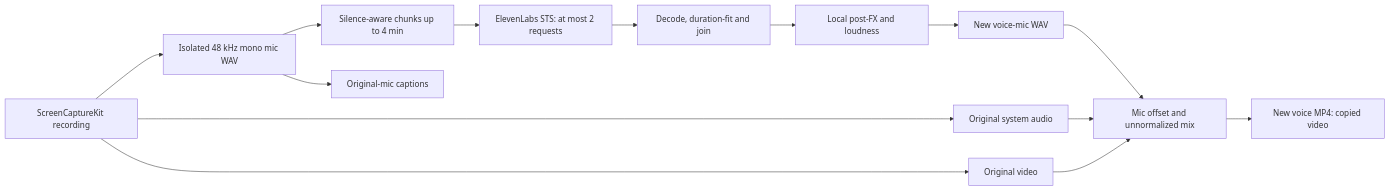
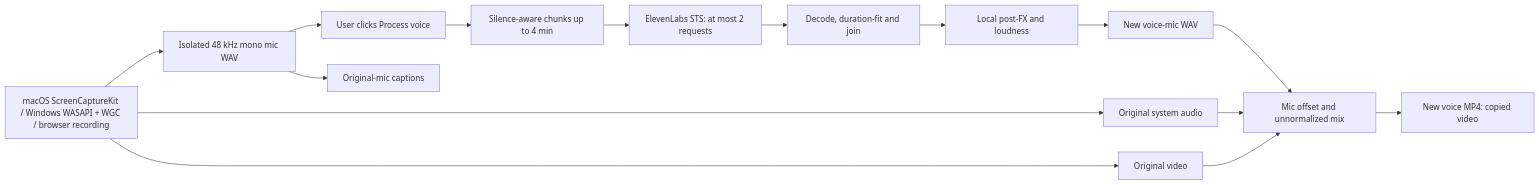
One commit to nikooo11/MistaRecorda changed the diagram in docs/voice-change.md. Above: the diagram before and after it, drawn with Mermaid. The commit also changed other lines of this file and 30 other files, not shown here.

````diff
--- a/docs/voice-change.md
+++ b/docs/voice-change.md
@@ -13,16 +13,17 @@
 ```mermaid
 flowchart LR
-  Capture[ScreenCaptureKit recording] --> Video[Original video]
+  Capture[macOS ScreenCaptureKit / Windows WASAPI + WGC / browser recording] --> Video[Original video]
   Capture --> System[Original system audio]
   Capture --> Mic[Isolated 48 kHz mono mic WAV]
-  Mic --> Split[Silence-aware chunks up to 4 min]
+  Mic --> Click[User clicks Process voice]
+  Click --> Split[Silence-aware chunks up to 4 min]
   Split --> STS[ElevenLabs STS: at most 2 requests]
   STS --> Join[Decode, duration-fit and join]
   Join --> FX[Local post-FX and loudness]
   FX --> Changed[New voice-mic WAV]
   Changed --> Mix[Mic offset and unnormalized mix]
   System --> Mix
   Video --> Mix
   Mix --> Output[New voice MP4: copied video]
   Mic --> Captions[Original-mic captions]
 ```
````
